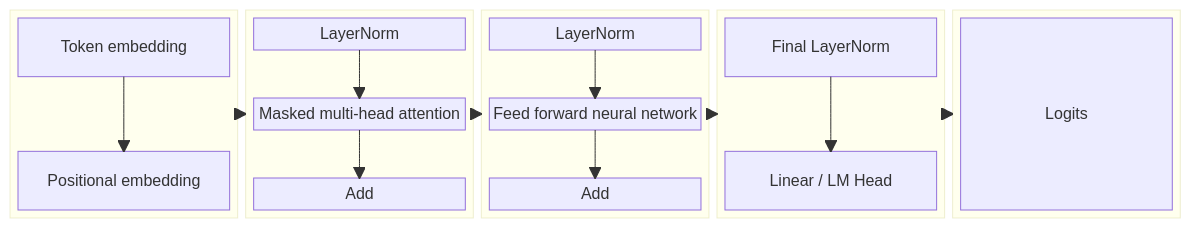
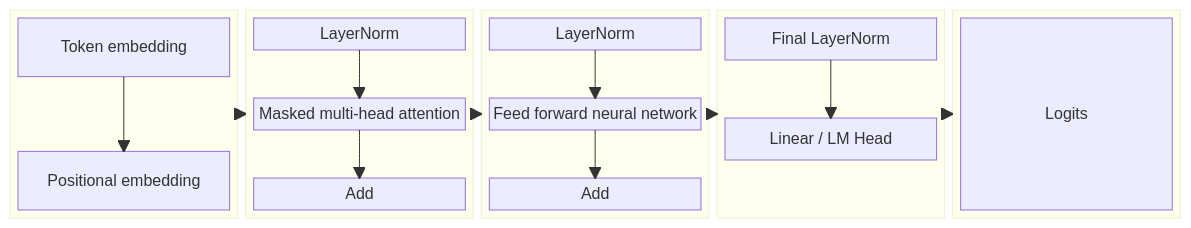
Before and after one commit to ChrisZhu2050/chriszhu2050.github.io: diagram 19 of 19 in index.md, drawn with Mermaid.

````diff
--- a/index.md
+++ b/index.md
@@ -532,44 +532,44 @@
       ```mermaid
           block
           columns 5
           block:group1:1
             columns 1
             a["Token embedding"] space
             b["Positional embedding"]
             
           end
           block:group2:1
             columns 1
             c1["LayerNorm"] space
             c2["Masked multi-head attention"] space
             c3["Add"]
           end
           block:group3:1
             columns 1
             d["LayerNorm"] space
             e["Feed forward neural network"] space
             h["Add"]
           end
           block:group4:1
             columns 1
             f["Final LayerNorm"] space
-            g["Linear / LM Head"] 
+            g["Linear / LM Head"] space
 
           end
           block:group5:1
             columns 1
             Logits
           end
           a --> b
           c1 --> c2
           c2 --> c3
           d --> e
           e --> h
           f --> g
 
           group1 --> group2
           group2 --> group3
           group3 --> group4
           group4 --> group5
 
       ```
````
